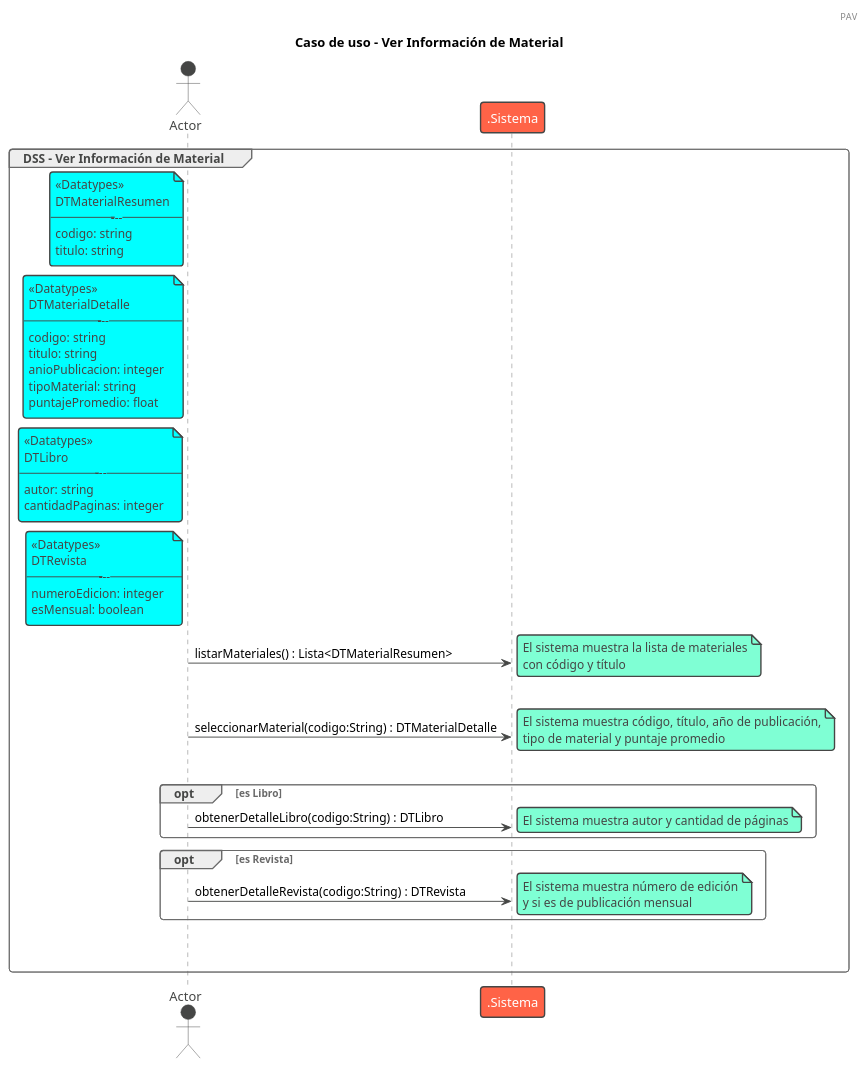
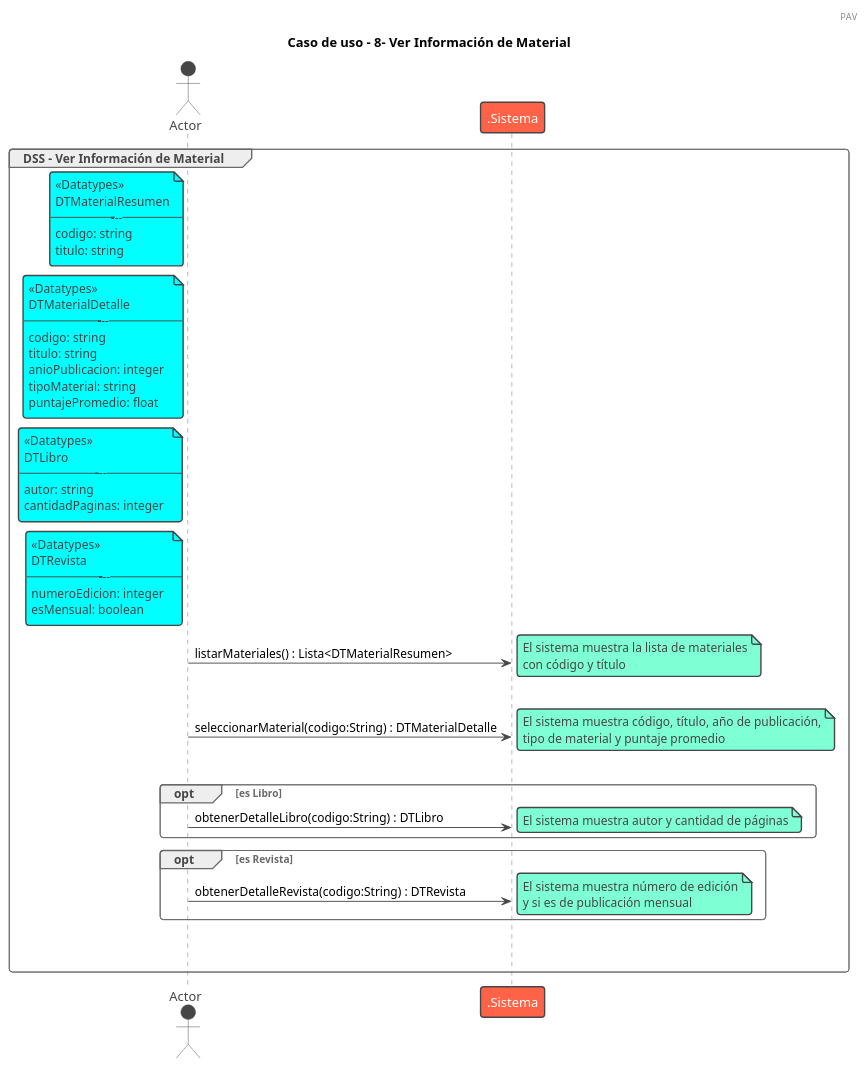
The diagram in Archivos/8-verInfoMaterial.plantuml (sigmaxevious/PlantUML-Laboratorio3), drawn with PlantUML before and after one commit. The commit also changed 4 other files, not shown here.

```diff
--- a/Archivos/8-verInfoMaterial.plantuml
+++ b/Archivos/8-verInfoMaterial.plantuml
@@ -1,69 +1,80 @@
 @startuml verInformacionMaterial
+
+/' El caso de uso comienza cuando el actor desea consultar la información de un
+ material. El sistema muestra la lista de materiales registrados indicando su código
+ y título, y el actor selecciona uno de ellos. A continuación, el sistema muestra el
+ código, el título, el año de
+ publicación, el tipo de material y el puntaje promedio. En caso de tratarse de un
+ libro, también muestra el autor y la cantidad de páginas; en caso de tratarse de
+ una revista, muestra el número de edición y si es de publicación mensual. '/
+
 !theme vibrant
 header PAV
 
-title Caso de uso - Ver Información de Material
+title Caso de uso - 8- Ver Información de Material
 
 group DSS - Ver Información de Material
 Actor Actor
+
+' El actor puede ser un funcionario o un lector, pero para simplificar se representa como Actor
 
 note left of Actor #aqua
 <<Datatypes>>
 DTMaterialResumen
 -----------
 codigo: string
 titulo: string
 end note
 
 note left of Actor #aqua
 <<Datatypes>>
 DTMaterialDetalle
 -----------
 codigo: string
 titulo: string
 anioPublicacion: integer
 tipoMaterial: string
 puntajePromedio: float
 end note
 
 note left of Actor #aqua
 <<Datatypes>>
 DTLibro
 -----------
 autor: string
 cantidadPaginas: integer
 end note
 
 note left of Actor #aqua
 <<Datatypes>>
 DTRevista
 -----------
 numeroEdicion: integer
 esMensual: boolean
 end note
 
 Actor -> .Sistema : listarMateriales() : Lista<DTMaterialResumen>
 note right: El sistema muestra la lista de materiales\ncon código y título
 
 |||
 
 Actor -> .Sistema : seleccionarMaterial(codigo:String) : DTMaterialDetalle
 note right: El sistema muestra código, título, año de publicación,\ntipo de material y puntaje promedio
 
 |||
 
 opt es Libro
     Actor -> .Sistema : obtenerDetalleLibro(codigo:String) : DTLibro
     note right: El sistema muestra autor y cantidad de páginas
 end
 
 opt es Revista
     Actor -> .Sistema : obtenerDetalleRevista(codigo:String) : DTRevista
     note right: El sistema muestra número de edición\ny si es de publicación mensual
 end
 
 |||
 |||
 
 end
 @enduml
```
